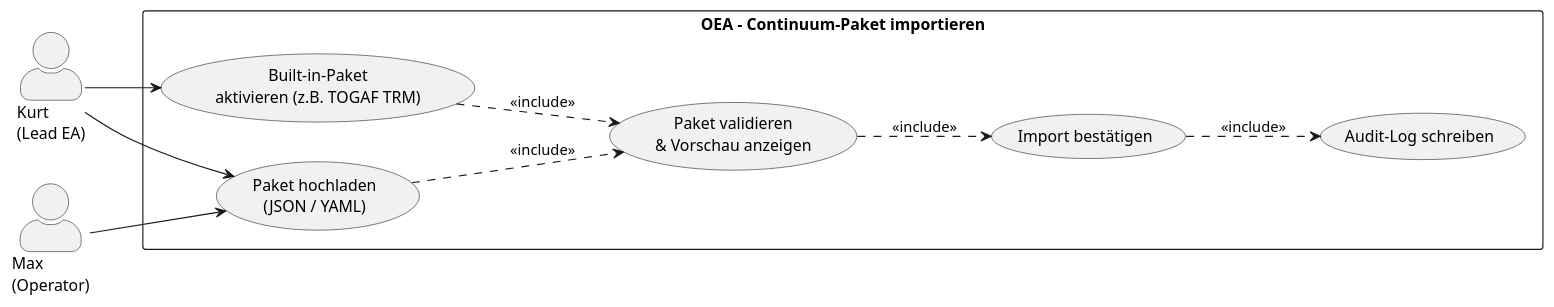
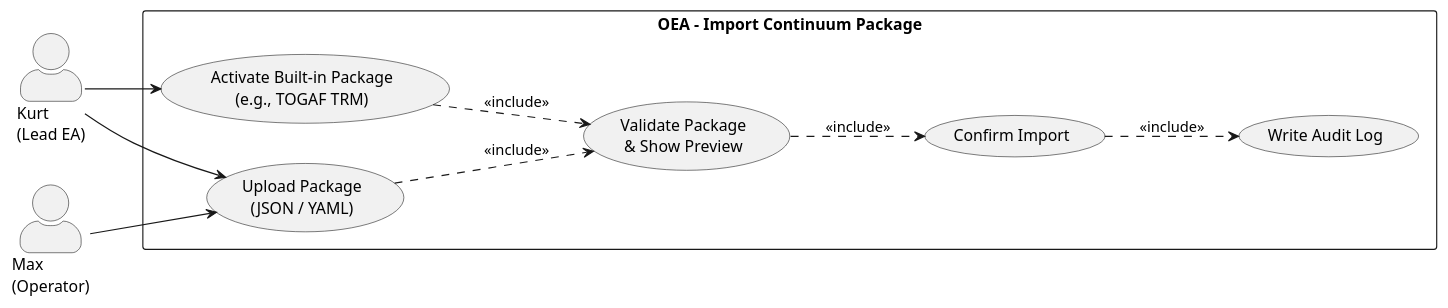
One commit to open-enterprise-architecture/OEA changed the diagram in requirements/use-cases/UC-18-import-continuum-package.md. Above: the diagram before and after it, drawn with PlantUML. The commit also changed other lines of this file and 630 other files, not shown here.

````diff
--- a/requirements/use-cases/UC-18-import-continuum-package.md
+++ b/requirements/use-cases/UC-18-import-continuum-package.md
@@ -37,26 +37,26 @@
 ```plantuml
 @startuml UC-18-ContinuumImport
 left to right direction
 skinparam actorStyle awesome
 
 actor "Kurt\n(Lead EA)" as Kurt
 actor "Max\n(Operator)" as Max
 
-rectangle "OEA – Continuum-Paket importieren" {
-  usecase "Paket hochladen\n(JSON / YAML)" as UC_Upload
-  usecase "Paket validieren\n& Vorschau anzeigen" as UC_Preview
-  usecase "Import bestätigen" as UC_Confirm
-  usecase "Built-in-Paket\naktivieren (z.B. TOGAF TRM)" as UC_Builtin
-  usecase "Audit-Log schreiben" as UC_Audit
+rectangle "OEA – Import Continuum Package" {
+  usecase "Upload Package\n(JSON / YAML)" as UC_Upload
+  usecase "Validate Package\n& Show Preview" as UC_Preview
+  usecase "Confirm Import" as UC_Confirm
+  usecase "Activate Built-in Package\n(e.g., TOGAF TRM)" as UC_Builtin
+  usecase "Write Audit Log" as UC_Audit
 }
 
 Kurt --> UC_Upload
 Kurt --> UC_Builtin
 Max --> UC_Upload
 
 UC_Upload ..> UC_Preview : <<include>>
 UC_Preview ..> UC_Confirm : <<include>>
 UC_Confirm ..> UC_Audit : <<include>>
 UC_Builtin ..> UC_Preview : <<include>>
 @enduml
 ```
````
